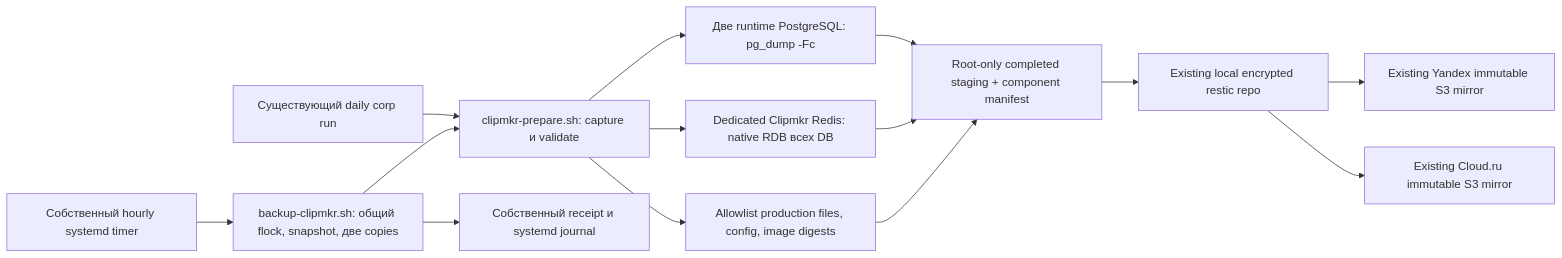
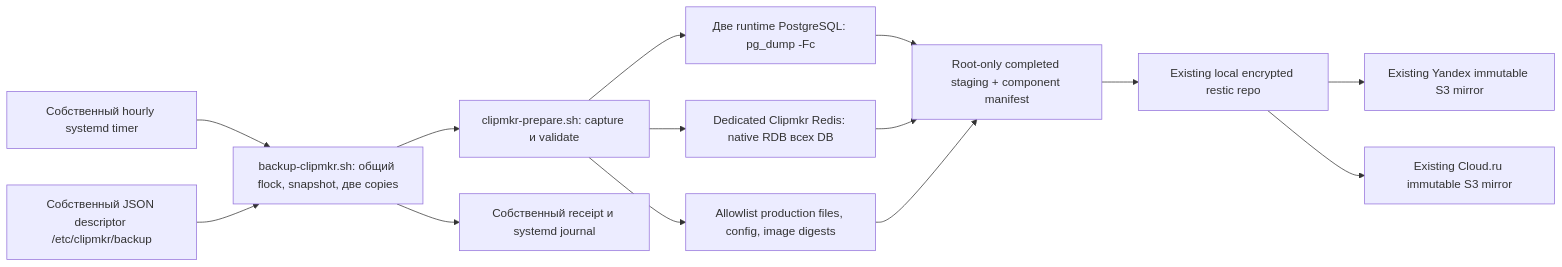
Before and after one commit to djd1m/clipmkr: the diagram in features/regular-clipmkr-backups/05_architecture.md, drawn with Mermaid. The commit also changed other lines of this file and 15 other files, not shown here.

Commit message:
docs: изолировать расписание Clipmkr от общего реестра backup

````diff
--- a/features/regular-clipmkr-backups/05_architecture.md
+++ b/features/regular-clipmkr-backups/05_architecture.md
@@ -5,16 +5,16 @@
 ```mermaid
 flowchart LR
     T[Собственный hourly systemd timer] --> W[backup-clipmkr.sh: общий flock, snapshot, две copies]
-    D[Существующий daily corp run] --> H[clipmkr-prepare.sh: capture и validate]
-    W --> H
+    J[Собственный JSON descriptor /etc/clipmkr/backup] --> W
+    W --> H[clipmkr-prepare.sh: capture и validate]
     H --> P[Две runtime PostgreSQL: pg_dump -Fc]
     H --> R[Dedicated Clipmkr Redis: native RDB всех DB]
     H --> F[Allowlist production files, config, image digests]
     P --> S[Root-only completed staging + component manifest]
     R --> S
     F --> S
     S --> L[Existing local encrypted restic repo]
     L --> Y[Existing Yandex immutable S3 mirror]
     L --> C[Existing Cloud.ru immutable S3 mirror]
     W --> E[Собственный receipt и systemd journal]
 ```
````
